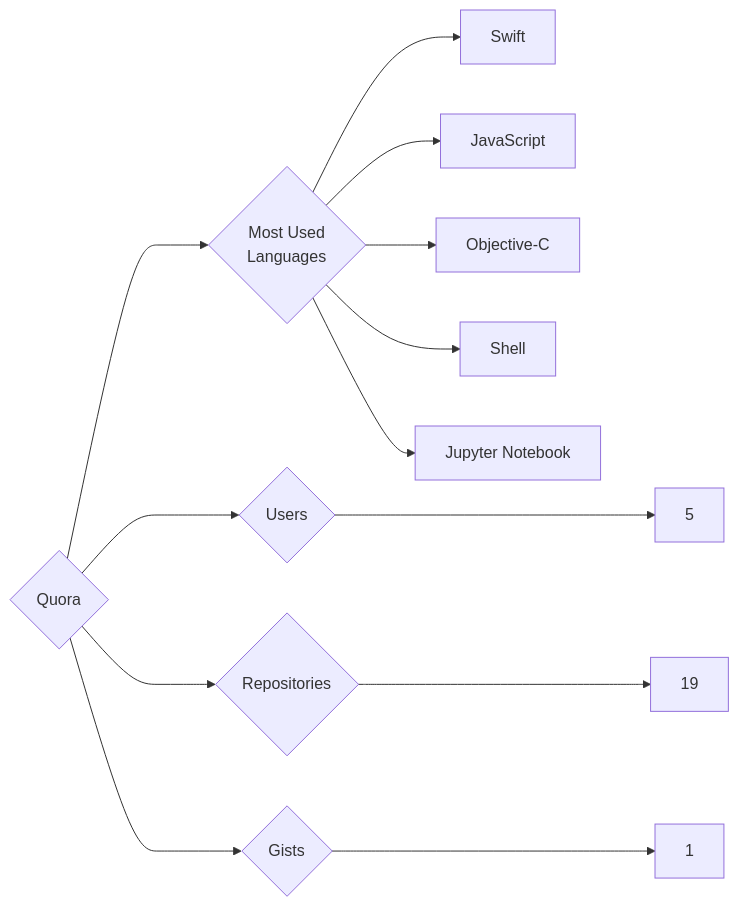
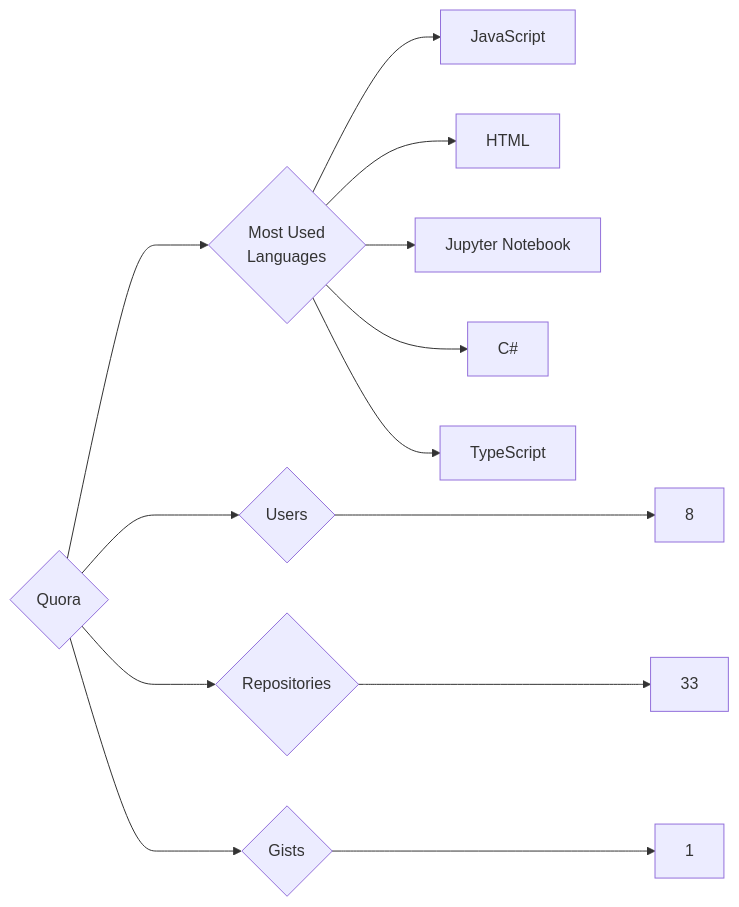
The diagram in targets/Quora/README.md (trickest/insiders), drawn with Mermaid before and after one commit. The commit also changed 969 other files, not shown here.

````diff
--- a/targets/Quora/README.md
+++ b/targets/Quora/README.md
@@ -3,13 +3,13 @@
 ```mermaid
 graph LR
 COMPANY_NAME{Quora}
-COMPANY_NAME ---> U{Users} ---> UN[5]
-COMPANY_NAME ---> R{Repositories} ---> RN[19]
+COMPANY_NAME ---> U{Users} ---> UN[8]
+COMPANY_NAME ---> R{Repositories} ---> RN[33]
 COMPANY_NAME ---> G{Gists} ---> GN[1]
 COMPANY_NAME ---> ML{Most Used<br>Languages}
-ML --> Swift[Swift]
 ML --> JavaScript[JavaScript]
-ML --> Objective-C[Objective-C]
-ML --> Shell[Shell]
+ML --> HTML[HTML]
 ML --> Jupyter_Notebook[Jupyter Notebook]
+ML --> C#[C#]
+ML --> TypeScript[TypeScript]
 ```
````
